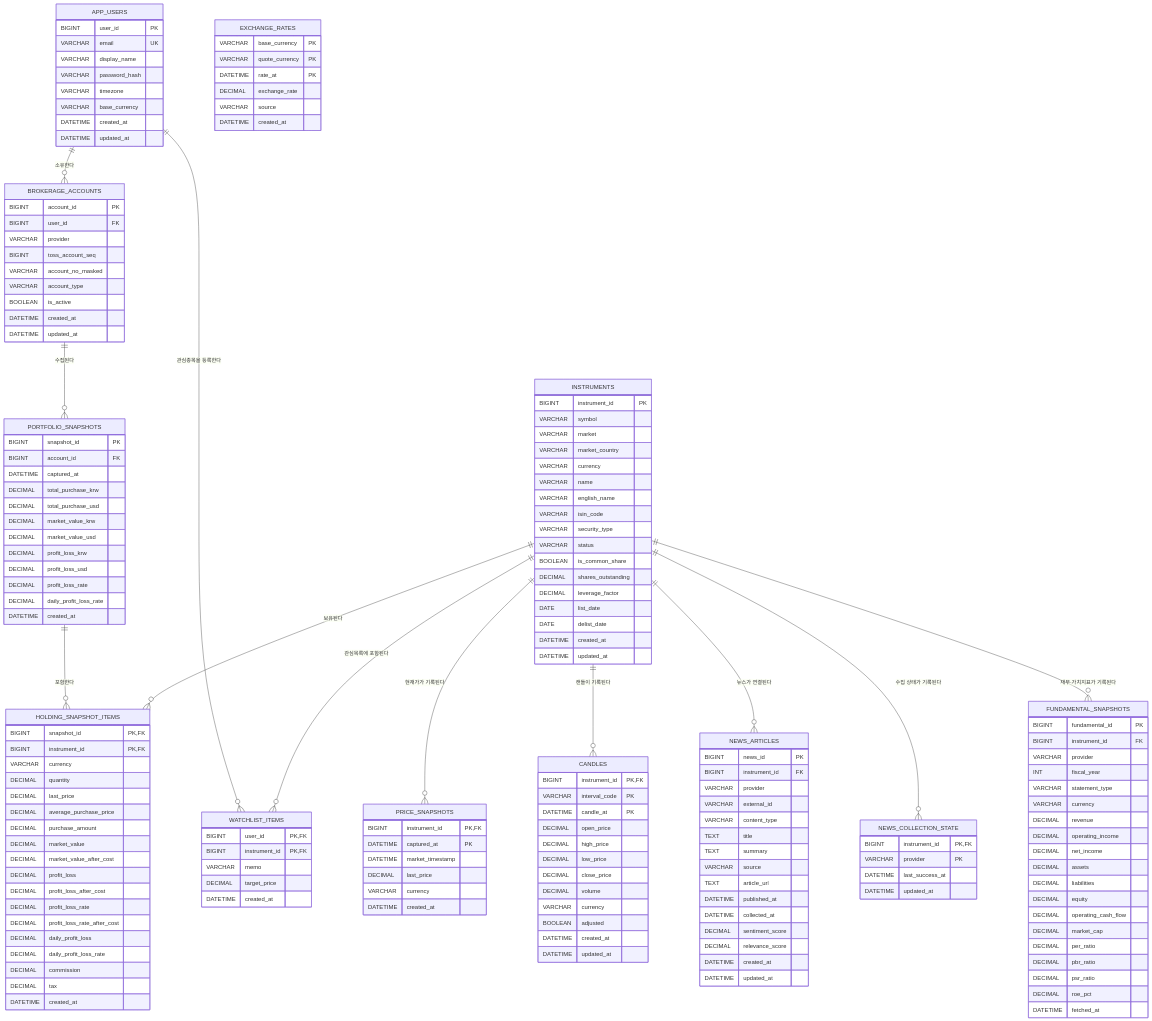
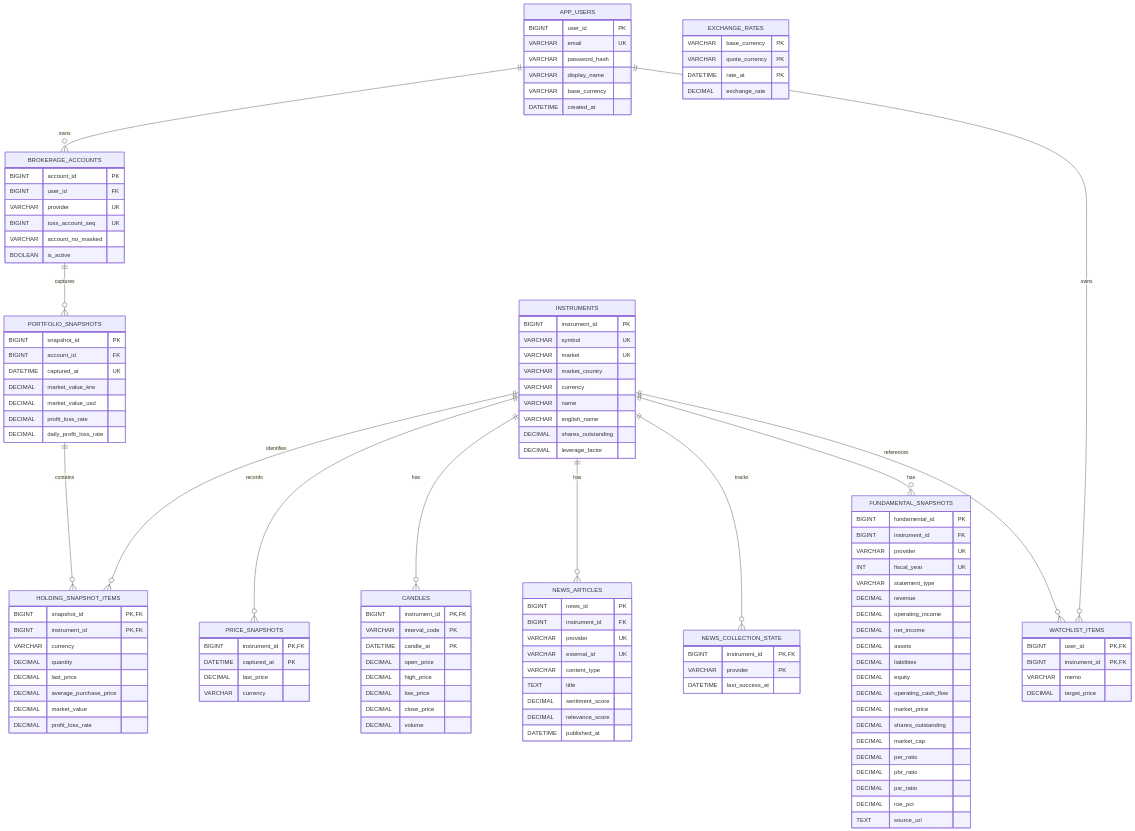
Before and after one commit to kimgyeongmin5348/TOSS_MANAGER: the third of 3 diagrams in README.md, drawn with Mermaid. The commit also changed other lines of this file, not shown here.

````diff
--- a/README.md
+++ b/README.md
@@ -236,59 +152,29 @@
     APP_USERS {
         BIGINT user_id PK
         VARCHAR email UK
+        VARCHAR password_hash
         VARCHAR display_name
-        VARCHAR password_hash
-        VARCHAR timezone
         VARCHAR base_currency
         DATETIME created_at
-        DATETIME updated_at
     }
 
     BROKERAGE_ACCOUNTS {
         BIGINT account_id PK
         BIGINT user_id FK
-        VARCHAR provider
-        BIGINT toss_account_seq
+        VARCHAR provider UK
+        BIGINT toss_account_seq UK
         VARCHAR account_no_masked
-        VARCHAR account_type
         BOOLEAN is_active
-        DATETIME created_at
-        DATETIME updated_at
-    }
-
-    INSTRUMENTS {
-        BIGINT instrument_id PK
-        VARCHAR symbol
-        VARCHAR market
-        VARCHAR market_country
-        VARCHAR currency
-        VARCHAR name
-        VARCHAR english_name
-        VARCHAR isin_code
-        VARCHAR security_type
-        VARCHAR status
-        BOOLEAN is_common_share
-        DECIMAL shares_outstanding
-        DECIMAL leverage_factor
-        DATE list_date
-        DATE delist_date
-        DATETIME created_at
-        DATETIME updated_at
     }
 
     PORTFOLIO_SNAPSHOTS {
         BIGINT snapshot_id PK
         BIGINT account_id FK
-        DATETIME captured_at
-        DECIMAL total_purchase_krw
-        DECIMAL total_purchase_usd
+        DATETIME captured_at UK
         DECIMAL market_value_krw
         DECIMAL market_value_usd
-        DECIMAL profit_loss_krw
-        DECIMAL profit_loss_usd
         DECIMAL profit_loss_rate
         DECIMAL daily_profit_loss_rate
-        DATETIME created_at
     }
 
     HOLDING_SNAPSHOT_ITEMS {
@@ -298,27 +184,27 @@
         DECIMAL quantity
         DECIMAL last_price
         DECIMAL average_purchase_price
-        DECIMAL purchase_amount
         DECIMAL market_value
-        DECIMAL market_value_after_cost
-        DECIMAL profit_loss
-        DECIMAL profit_loss_after_cost
         DECIMAL profit_loss_rate
-        DECIMAL profit_loss_rate_after_cost
-        DECIMAL daily_profit_loss
-        DECIMAL daily_profit_loss_rate
-        DECIMAL commission
-        DECIMAL tax
-        DATETIME created_at
+    }
+
+    INSTRUMENTS {
+        BIGINT instrument_id PK
+        VARCHAR symbol UK
+        VARCHAR market UK
+        VARCHAR market_country
+        VARCHAR currency
+        VARCHAR name
+        VARCHAR english_name
+        DECIMAL shares_outstanding
+        DECIMAL leverage_factor
     }
 
     PRICE_SNAPSHOTS {
         BIGINT instrument_id PK,FK
         DATETIME captured_at PK
-        DATETIME market_timestamp
         DECIMAL last_price
         VARCHAR currency
-        DATETIME created_at
     }
 
     CANDLES {
@@ -330,35 +216,54 @@
         DECIMAL low_price
         DECIMAL close_price
         DECIMAL volume
-        VARCHAR currency
-        BOOLEAN adjusted
-        DATETIME created_at
-        DATETIME updated_at
     }
 
     NEWS_ARTICLES {
         BIGINT news_id PK
         BIGINT instrument_id FK
-        VARCHAR provider
-        VARCHAR external_id
+        VARCHAR provider UK
+        VARCHAR external_id UK
         VARCHAR content_type
         TEXT title
-        TEXT summary
-        VARCHAR source
-        TEXT article_url
-        DATETIME published_at
-        DATETIME collected_at
         DECIMAL sentiment_score
         DECIMAL relevance_score
-        DATETIME created_at
-        DATETIME updated_at
+        DATETIME published_at
     }
 
     NEWS_COLLECTION_STATE {
         BIGINT instrument_id PK,FK
         VARCHAR provider PK
         DATETIME last_success_at
-        DATETIME updated_at
+    }
+
+    FUNDAMENTAL_SNAPSHOTS {
+        BIGINT fundamental_id PK
+        BIGINT instrument_id FK
+        VARCHAR provider UK
+        INT fiscal_year UK
+        VARCHAR statement_type
+        DECIMAL revenue
+        DECIMAL operating_income
+        DECIMAL net_income
+        DECIMAL assets
+        DECIMAL liabilities
+        DECIMAL equity
+        DECIMAL operating_cash_flow
+        DECIMAL market_price
+        DECIMAL shares_outstanding
+        DECIMAL market_cap
+        DECIMAL per_ratio
+        DECIMAL pbr_ratio
+        DECIMAL psr_ratio
+        DECIMAL roe_pct
+        TEXT source_url
+    }
+
+    WATCHLIST_ITEMS {
+        BIGINT user_id PK,FK
+        BIGINT instrument_id PK,FK
+        VARCHAR memo
+        DECIMAL target_price
     }
 
     EXCHANGE_RATES {
@@ -366,49 +271,17 @@
         VARCHAR quote_currency PK
         DATETIME rate_at PK
         DECIMAL exchange_rate
-        VARCHAR source
-        DATETIME created_at
     }
 
-    WATCHLIST_ITEMS {
-        BIGINT user_id PK,FK
-        BIGINT instrument_id PK,FK
-        VARCHAR memo
-        DECIMAL target_price
-        DATETIME created_at
-    }
-
-    FUNDAMENTAL_SNAPSHOTS {
-        BIGINT fundamental_id PK
-        BIGINT instrument_id FK
-        VARCHAR provider
-        INT fiscal_year
-        VARCHAR statement_type
-        VARCHAR currency
-        DECIMAL revenue
-        DECIMAL operating_income
-        DECIMAL net_income
-        DECIMAL assets
-        DECIMAL liabilities
-        DECIMAL equity
-        DECIMAL operating_cash_flow
-        DECIMAL market_cap
-        DECIMAL per_ratio
-        DECIMAL pbr_ratio
-        DECIMAL psr_ratio
-        DECIMAL roe_pct
-        DATETIME fetched_at
-    }
-
-    APP_USERS ||--o{ BROKERAGE_ACCOUNTS : "소유한다"
-    BROKERAGE_ACCOUNTS ||--o{ PORTFOLIO_SNAPSHOTS : "수집된다"
-    PORTFOLIO_SNAPSHOTS ||--o{ HOLDING_SNAPSHOT_ITEMS : "포함한다"
-    INSTRUMENTS ||--o{ HOLDING_SNAPSHOT_ITEMS : "보유된다"
-    INSTRUMENTS ||--o{ PRICE_SNAPSHOTS : "현재가가 기록된다"
-    INSTRUMENTS ||--o{ CANDLES : "캔들이 기록된다"
-    INSTRUMENTS ||--o{ NEWS_ARTICLES : "뉴스가 연결된다"
-    INSTRUMENTS ||--o{ NEWS_COLLECTION_STATE : "수집 상태가 기록된다"
-    INSTRUMENTS ||--o{ FUNDAMENTAL_SNAPSHOTS : "재무·가치지표가 기록된다"
-    APP_USERS ||--o{ WATCHLIST_ITEMS : "관심종목을 등록한다"
-    INSTRUMENTS ||--o{ WATCHLIST_ITEMS : "관심목록에 포함된다"
+    APP_USERS ||--o{ BROKERAGE_ACCOUNTS : owns
+    BROKERAGE_ACCOUNTS ||--o{ PORTFOLIO_SNAPSHOTS : captures
+    PORTFOLIO_SNAPSHOTS ||--o{ HOLDING_SNAPSHOT_ITEMS : contains
+    INSTRUMENTS ||--o{ HOLDING_SNAPSHOT_ITEMS : identifies
+    INSTRUMENTS ||--o{ PRICE_SNAPSHOTS : records
+    INSTRUMENTS ||--o{ CANDLES : has
+    INSTRUMENTS ||--o{ NEWS_ARTICLES : has
+    INSTRUMENTS ||--o{ NEWS_COLLECTION_STATE : tracks
+    INSTRUMENTS ||--o{ FUNDAMENTAL_SNAPSHOTS : has
+    APP_USERS ||--o{ WATCHLIST_ITEMS : owns
+    INSTRUMENTS ||--o{ WATCHLIST_ITEMS : references
 ```
````
